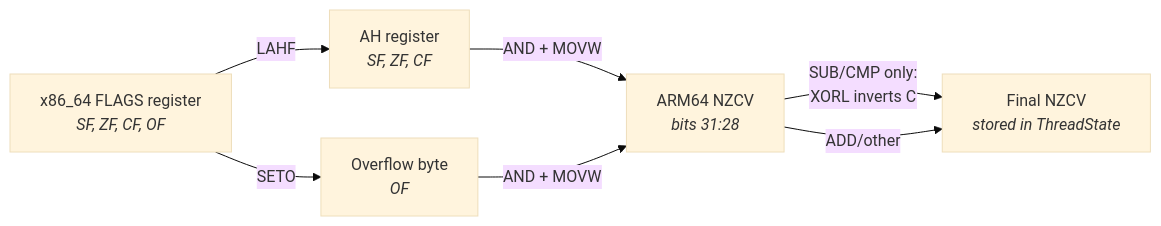
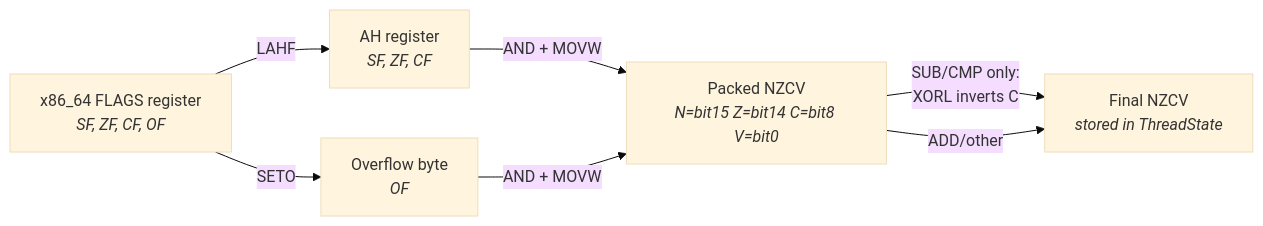
Before and after one commit to DigitalisX64/digitalis: the tenth of 41 diagrams in docs/how-it-works.md, drawn with Mermaid (base theme). The commit also changed other lines of this file, not shown here.

````diff
--- a/docs/how-it-works.md
+++ b/docs/how-it-works.md
@@ -684,10 +686,10 @@
 ```mermaid
 graph LR
     FLAGS["x86_64 FLAGS register<br/><i>SF, ZF, CF, OF</i>"]
     FLAGS -->|"LAHF"| AH["AH register<br/><i>SF, ZF, CF</i>"]
     FLAGS -->|"SETO"| OV["Overflow byte<br/><i>OF</i>"]
-    AH -->|"AND + MOVW"| NZCV["ARM64 NZCV<br/><i>bits 31:28</i>"]
+    AH -->|"AND + MOVW"| NZCV["Packed NZCV<br/><i>N=bit15 Z=bit14 C=bit8 V=bit0</i>"]
     OV -->|"AND + MOVW"| NZCV
     NZCV -->|"SUB/CMP only:<br/>XORL inverts C"| NZCV_FINAL["Final NZCV<br/><i>stored in ThreadState</i>"]
     NZCV -->|"ADD/other"| NZCV_FINAL
 ```
````
